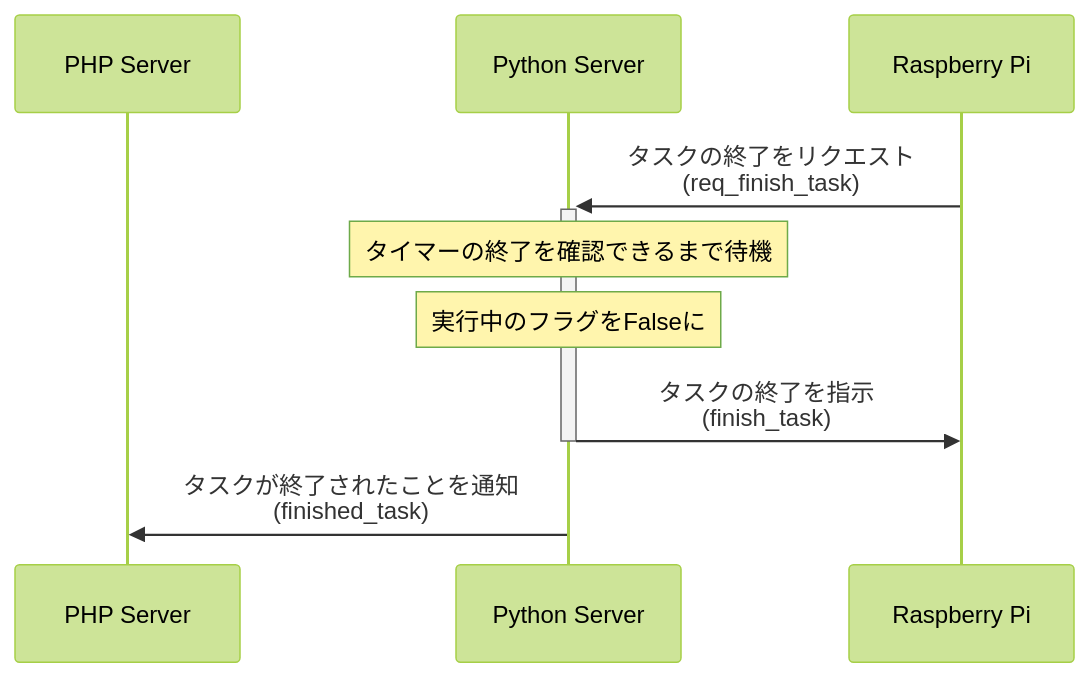
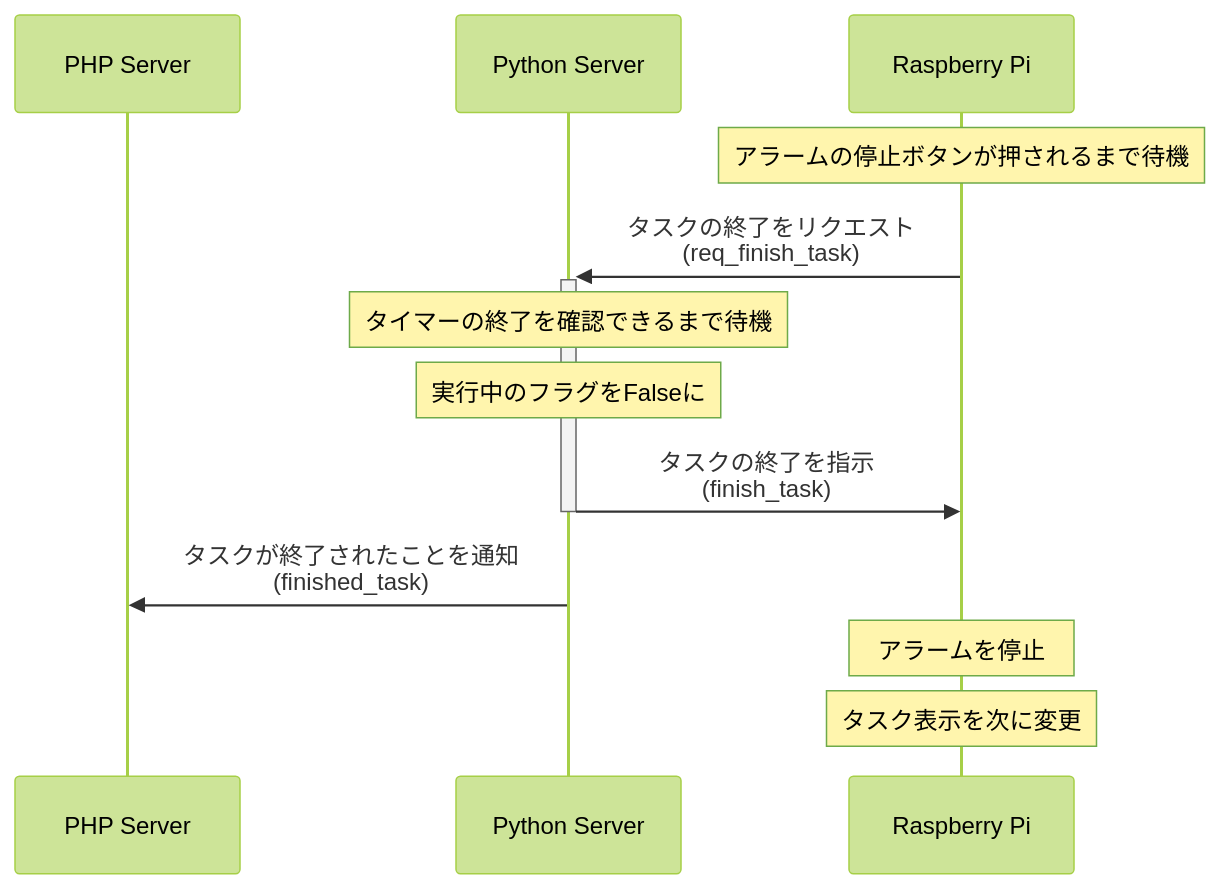
Before and after one commit to litech-team/li-learn-timer-docs: the third of 5 diagrams in sequence.md, drawn with Mermaid (forest theme).

Commit message:
停止に関するプロセスを変更

````diff
--- a/sequence.md
+++ b/sequence.md
@@ -44,12 +44,15 @@
 ```mermaid
 sequenceDiagram
     participant server as PHP Server
     participant python as Python Server
     participant client as Raspberry Pi
 
+    Note over client: アラームの停止ボタンが押されるまで待機
     client ->>+ python: タスクの終了をリクエスト<br>(req_finish_task)
     Note over python: タイマーの終了を確認できるまで待機
     Note over python: 実行中のフラグをFalseに
     python ->>- client: タスクの終了を指示<br>(finish_task)
     python ->> server: タスクが終了されたことを通知<br>(finished_task)
+    Note over client: アラームを停止
+    Note over client: タスク表示を次に変更
 ```
````
